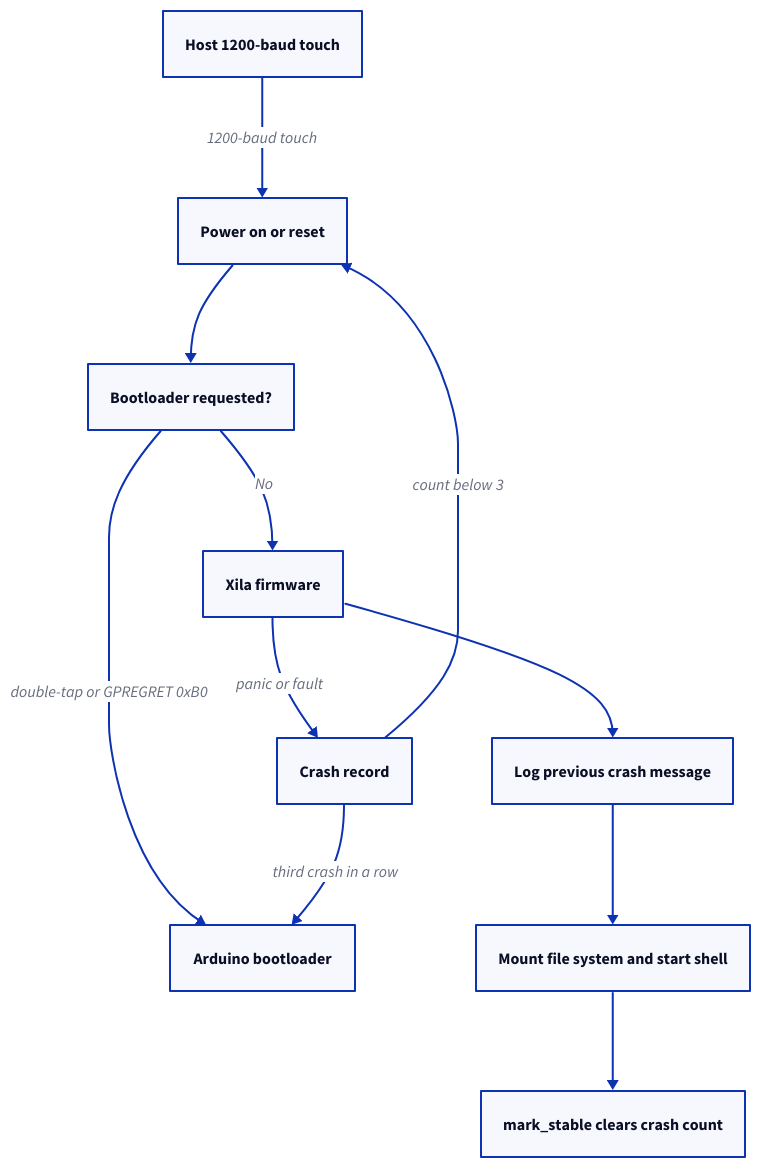
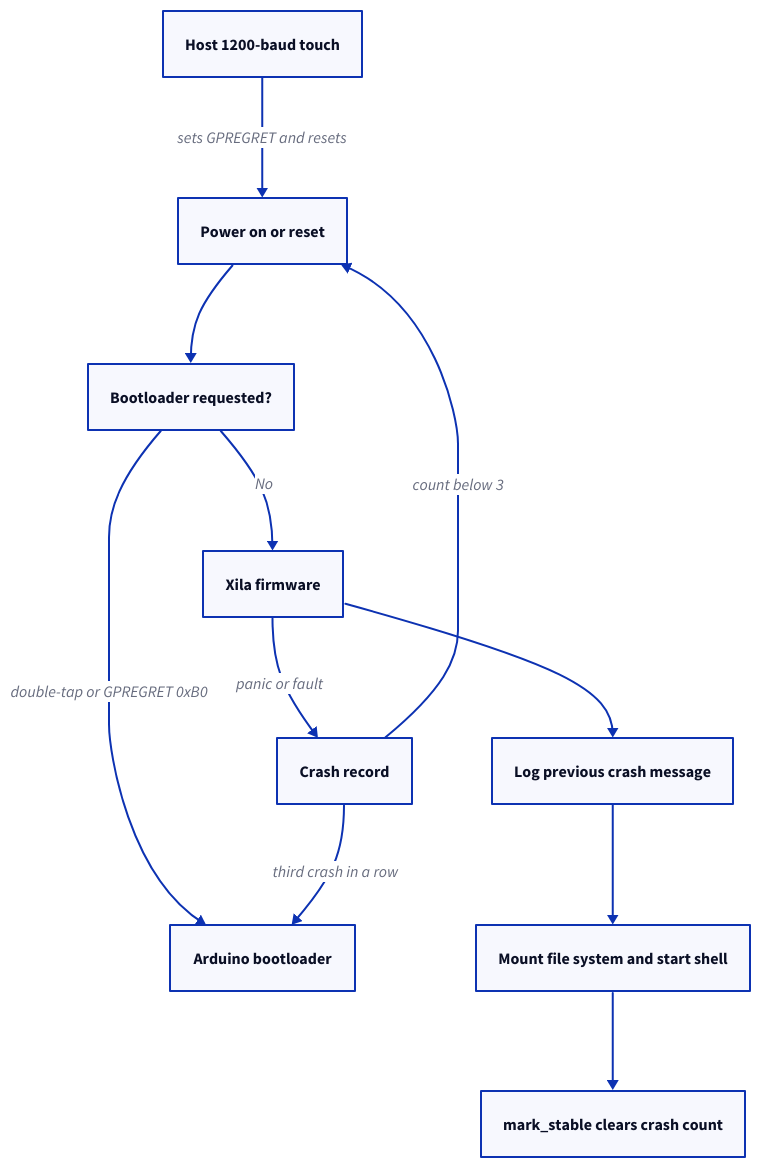
Before and after one commit to xila-project/website: the diagram in src/content/docs/how-to/run-nano-33-ble.md, drawn with D2. The commit also changed 3 other files, not shown here.

First line of the commit message:
docs(diagrams): fix the reviewed layouts of the converted diagrams

````diff
--- a/src/content/docs/how-to/run-nano-33-ble.md
+++ b/src/content/docs/how-to/run-nano-33-ble.md
@@ -136,24 +136,24 @@
 ```d2 title="Boot, crash and recovery paths of the Arduino Nano 33 BLE"
 direction: down
 
 reset: "Power on or reset" { class: component }
+touch: "Host 1200-baud touch" { class: io }
 boot: "Bootloader requested?" { class: decision }
 bootloader: "Arduino bootloader" { class: component }
 firmware: "Xila firmware" { class: component }
 crash: "Crash record" { class: stored }
 log: "Log previous crash message" { class: component }
 start: "Mount file system and start shell" { class: component }
 stable: "mark_stable clears crash count" { class: component }
-touch: "Host 1200-baud touch" { class: io }
 
 reset -> boot
 boot -> bootloader: "double-tap or GPREGRET 0xB0"
 boot -> firmware: No
 firmware -> log
 log -> start
 start -> stable
 firmware -> crash: "panic or fault"
 crash -> reset: "count below 3"
 crash -> bootloader: "third crash in a row"
-touch -> reset: "1200-baud touch"
+touch -> reset: "sets GPREGRET and resets"
 ```
````
